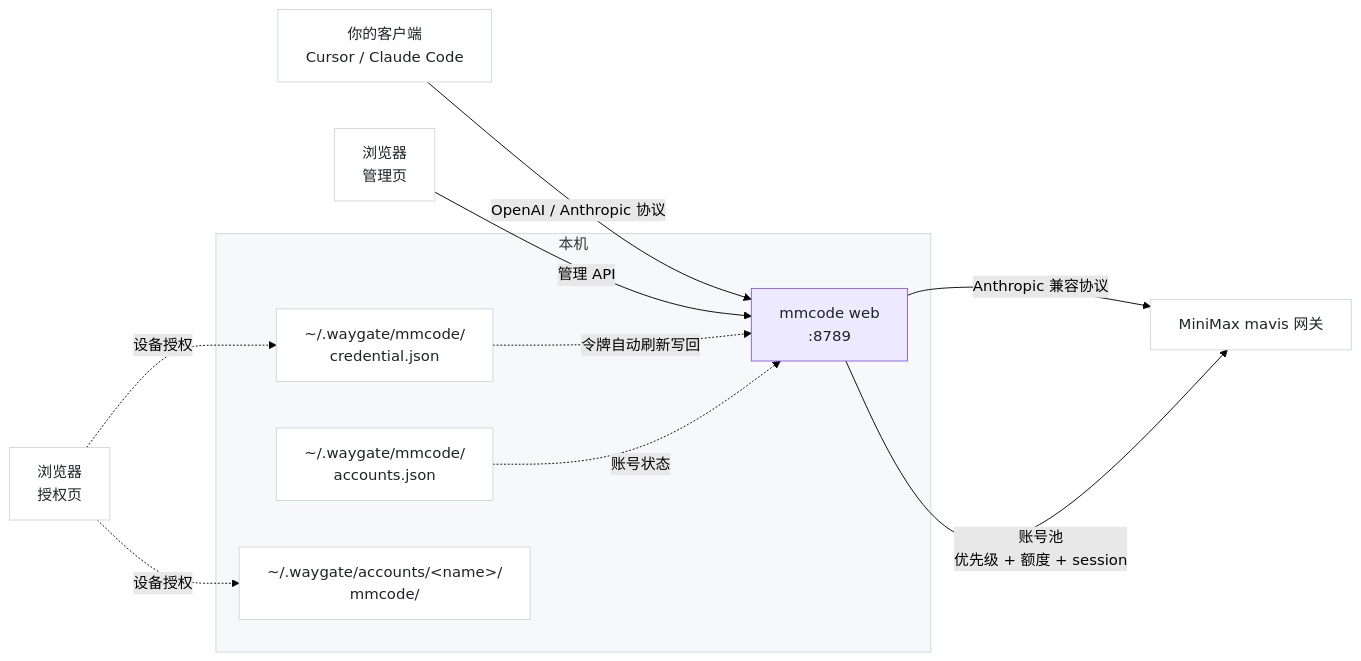
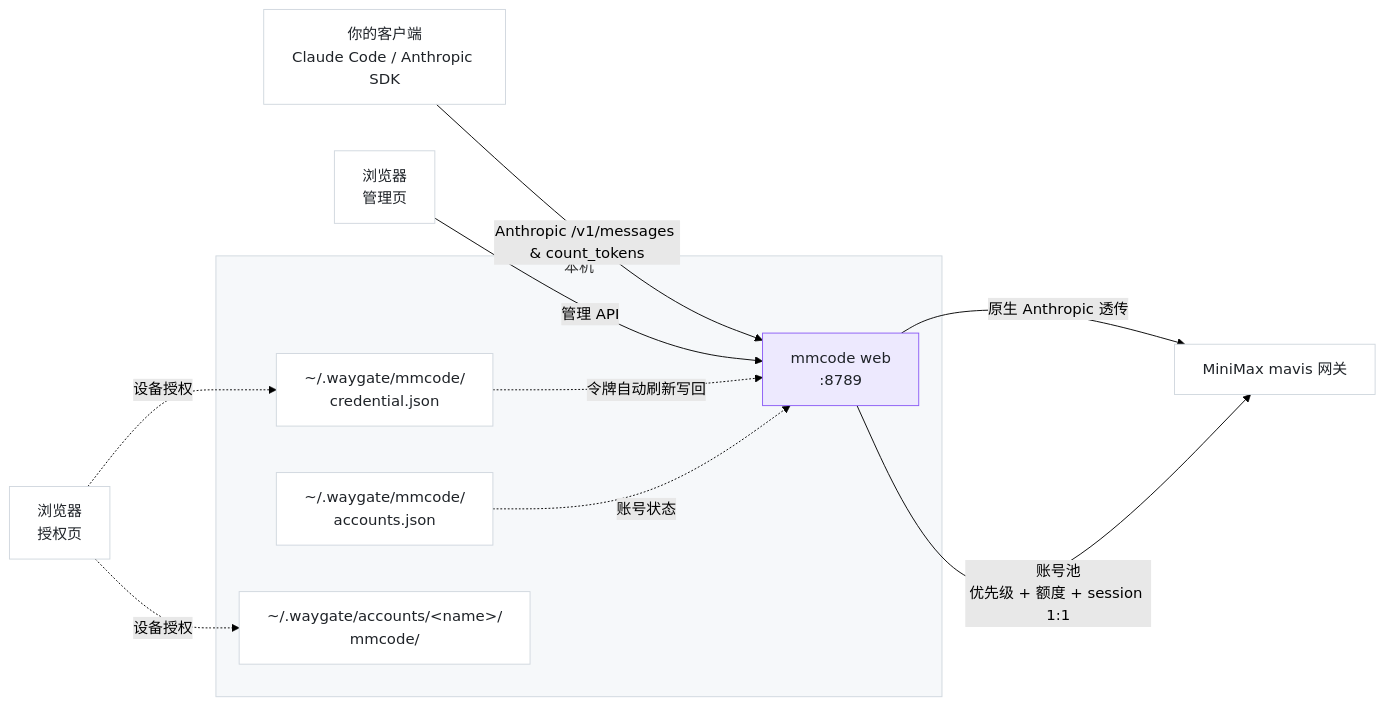
Before and after one commit to GoldTest/mmmcode: the diagram in README.md, drawn with Mermaid (forest theme). The commit also changed other lines of this file and 26 other files, not shown here.

Commit message:
feat: 全面切换纯 Anthropic 原生透传并支持 count_tokens 与 session 一对一绑定 (v0.6.0)

````diff
--- a/README.md
+++ b/README.md
@@ -454,34 +462,34 @@
 ```mermaid
 flowchart LR
-  C[你的客户端<br/>Cursor / Claude Code]
+  C[你的客户端<br/>Claude Code / Anthropic SDK]
   M[mmcode web<br/>:8789]
   W[浏览器<br/>管理页]
   G[MiniMax mavis 网关]
   B[浏览器<br/>授权页]
 
-  C -->|OpenAI / Anthropic 协议| M
+  C -->|Anthropic /v1/messages & count_tokens| M
   W -->|管理 API| M
-  M -->|Anthropic 兼容协议| G
-  M -->|账号池<br/>优先级 + 额度 + session| G
+  M -->|原生 Anthropic 透传| G
+  M -->|账号池<br/>优先级 + 额度 + session 1:1| G
 
   subgraph local [本机]
     M
     F[~/.waygate/mmcode/<br/>credential.json]
     R[~/.waygate/mmcode/<br/>accounts.json]
     A[~/.waygate/accounts/&lt;name&gt;/<br/>mmcode/]
   end
   B -.->|设备授权| F
   B -.->|设备授权| A
   F -.->|令牌自动刷新写回| M
   R -.->|账号状态| M
 
   style M fill:#EDE9FE,stroke:#8B5CF6,color:#1F2328
   style F fill:#FFFFFF,stroke:#D0D7DE,color:#1F2328
   style R fill:#FFFFFF,stroke:#D0D7DE,color:#1F2328
   style A fill:#FFFFFF,stroke:#D0D7DE,color:#1F2328
   style C fill:#FFFFFF,stroke:#D0D7DE,color:#1F2328
   style G fill:#FFFFFF,stroke:#D0D7DE,color:#1F2328
   style B fill:#FFFFFF,stroke:#D0D7DE,color:#1F2328
   style W fill:#FFFFFF,stroke:#D0D7DE,color:#1F2328
   style local fill:#F6F8FA,stroke:#D0D7DE
 ```
````
